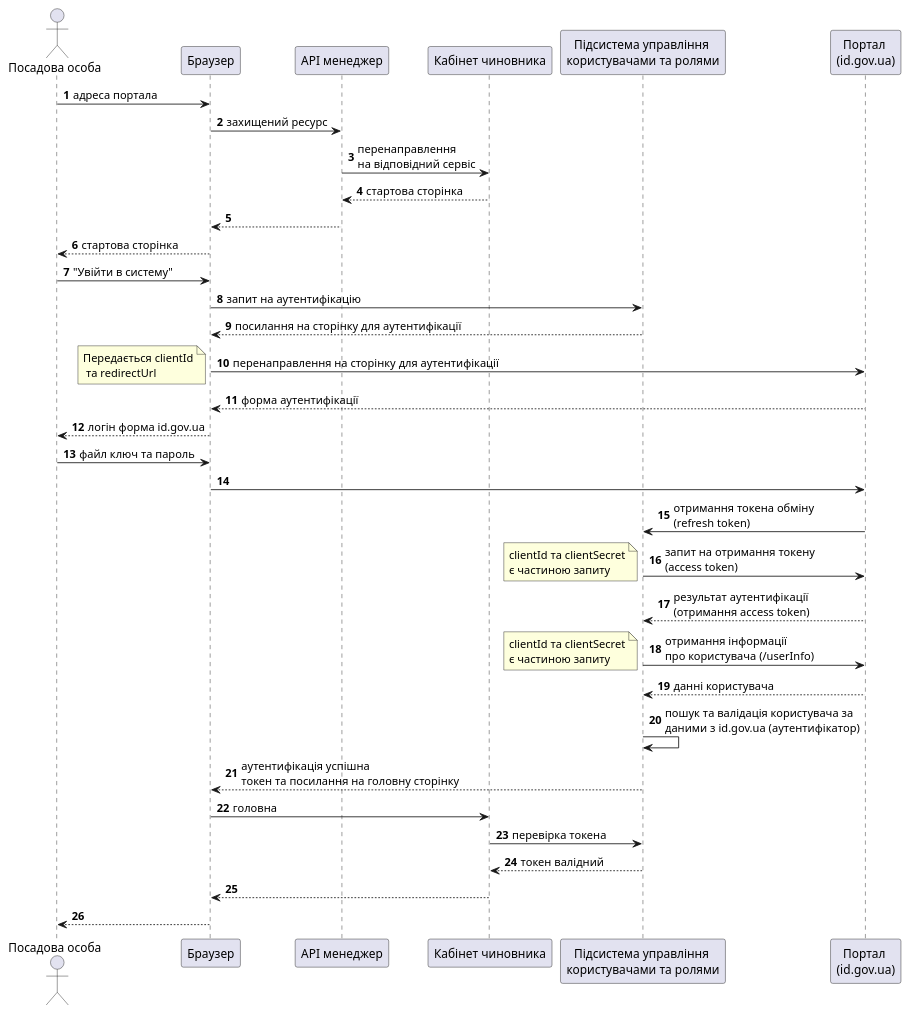
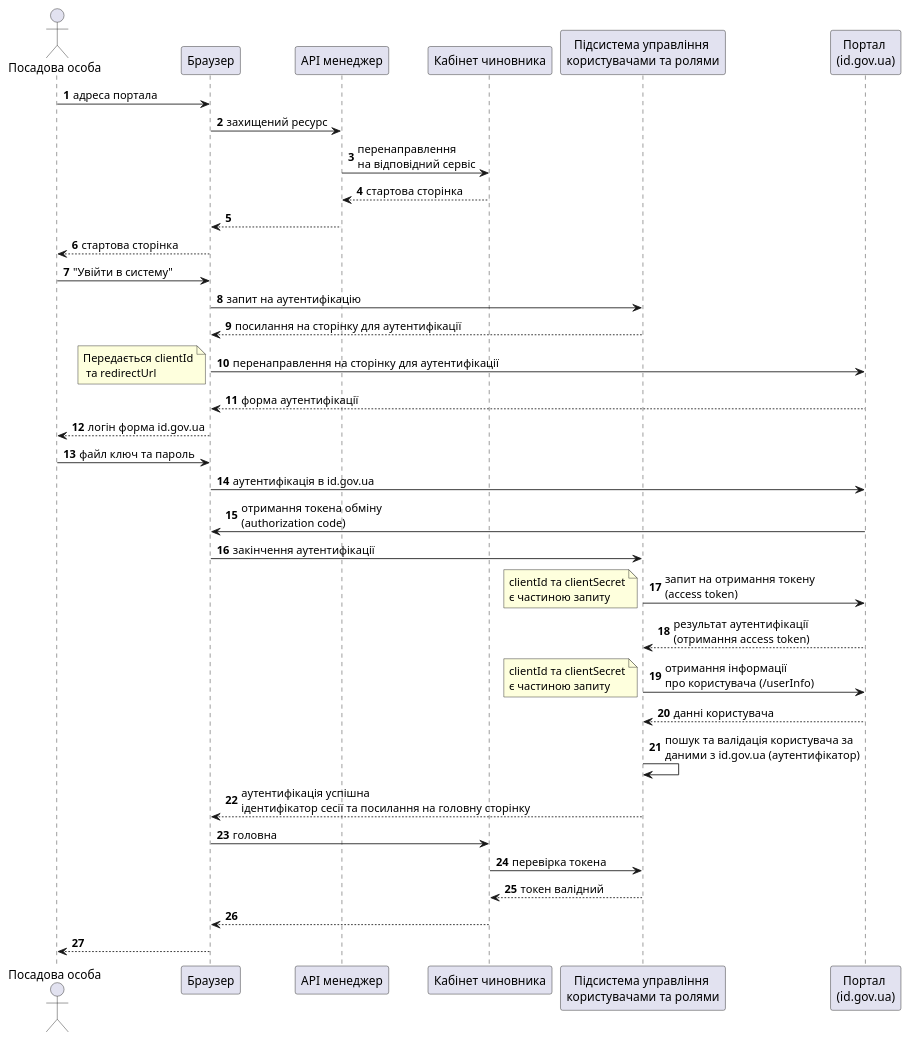
Before and after one commit to epam/edp-ddm-architecture: the first of 2 diagrams in modules/arch/pages/architecture-workspace/platform-evolution/id-gov-ua-flow.adoc, drawn with PlantUML. The commit also changed other lines of this file and 5 other files, not shown here.

```diff
--- a/modules/arch/pages/architecture-workspace/platform-evolution/id-gov-ua-flow.adoc
+++ b/modules/arch/pages/architecture-workspace/platform-evolution/id-gov-ua-flow.adoc
@@ -26,48 +26,49 @@
 [plantuml, flow, svg]
 ----
 @startuml
 autonumber
 actor "Посадова особа" as officer
 participant "Браузер" as browser
 participant "API менеджер" as api
 participant "Кабінет чиновника" as portal
 participant "Підсистема управління \nкористувачами та ролями" as key
 
 participant "Портал \n(id.gov.ua)" as idgov
 
 officer -> browser: адреса портала
 browser -> api: захищений ресурс
 api -> portal: перенаправлення\nна відповідний сервіс
 return стартова сторінка
 api --> browser
 browser --> officer: стартова сторінка
 
 officer -> browser: "Увійти в систему"
 browser -> key: запит на аутентифікацію
 
 return посилання на сторінку для аутентифікації
 browser -> idgov: перенаправлення на сторінку для аутентифікації
 note left: Передається clientId\n та redirectUrl
 return форма аутентифікації
 browser --> officer: логін форма id.gov.ua
 
 officer -> browser: файл ключ та пароль
-browser -> idgov
-idgov -> key: отримання токена обміну \n(refresh token)
+browser -> idgov: аутентифікація в id.gov.ua
+idgov -> browser: отримання токена обміну \n(authorization code)
+browser -> key: закінчення аутентифікації
 key -> idgov: запит на отримання токену\n(access token)
 note left:clientId та clientSecret\nє частиною запиту
 idgov --> key: результат аутентифікації\n(отримання access token)
 
 key -> idgov: отримання інформації \nпро користувача (/userInfo)
 note left:clientId та clientSecret\nє частиною запиту
 return данні користувача
 
 key -> key: пошук та валідація користувача за\nданими з id.gov.ua (аутентифікатор)
-key --> browser: аутентифікація успішна\nтокен та посилання на головну сторінку
+key --> browser: аутентифікація успішна\nідентифікатор сесії та посилання на головну сторінку
 browser -> portal: головна
 portal -> key: перевірка токена
 return токен валідний
 portal --> browser
 browser --> officer
 @enduml
 ----
```
